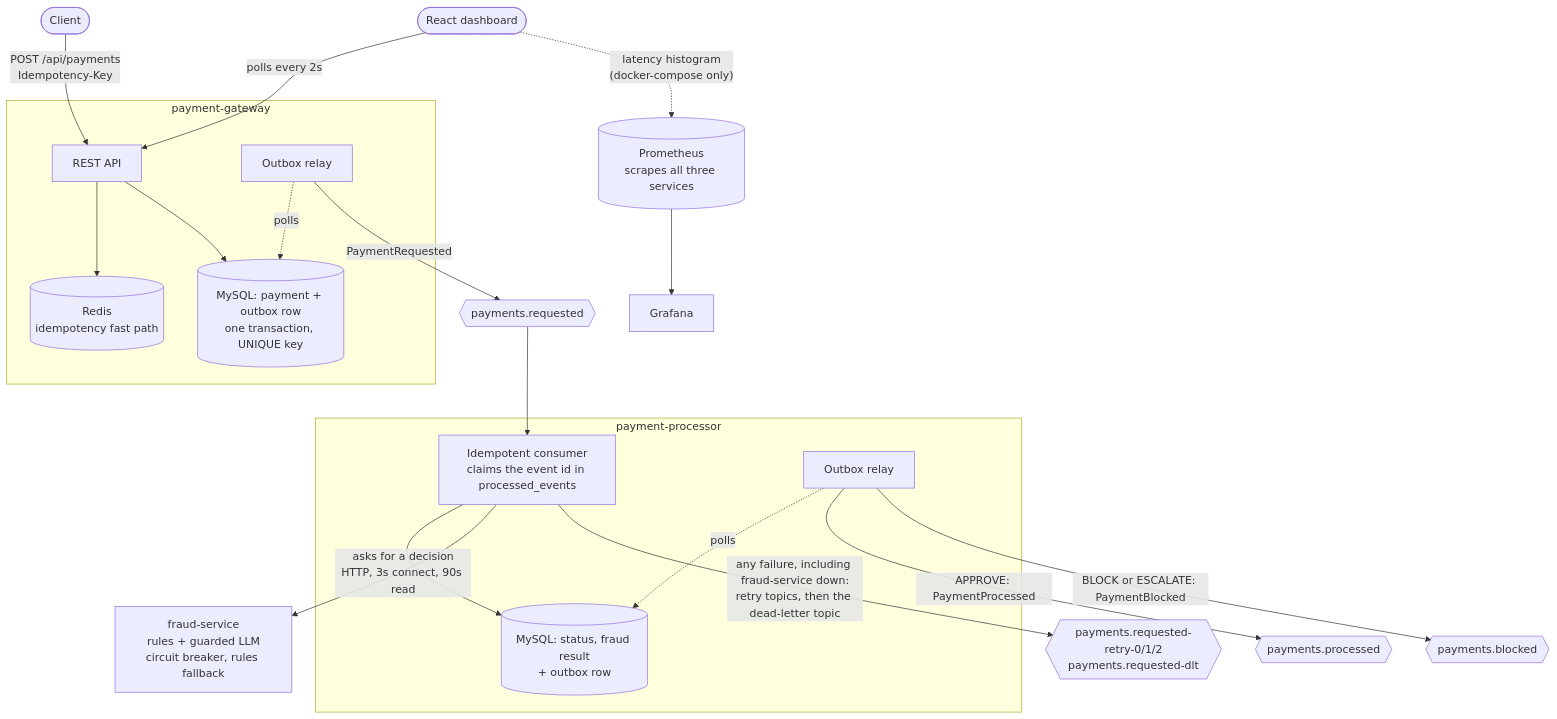
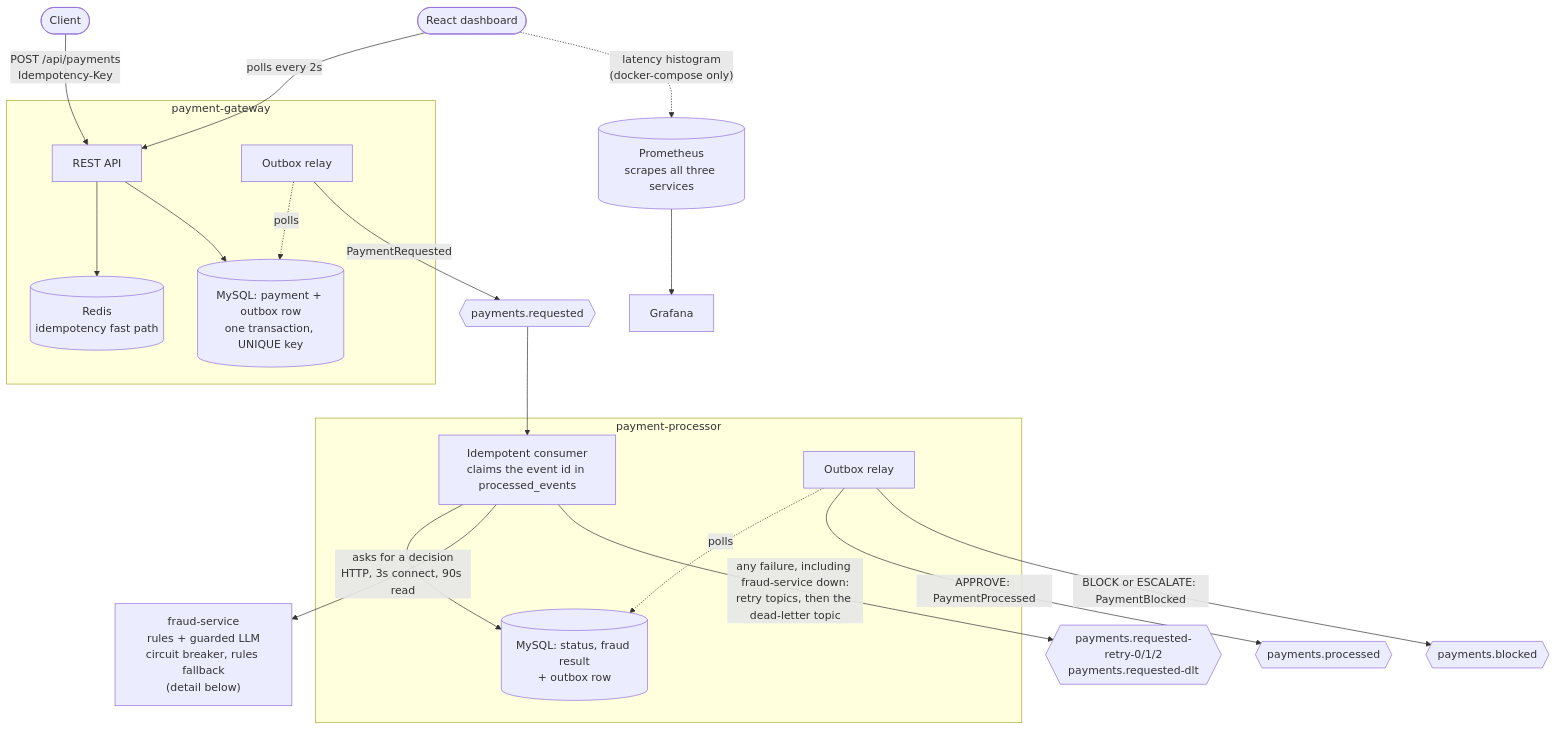
One commit to rishabht877/TransactIQ changed the first of 3 diagrams in README.md. Above: the diagram before and after it, drawn with Mermaid. The commit also changed other lines of this file, not shown here.

First line of the commit message:
add the fraud-service and circuit breaker diagrams to the readme

````diff
--- a/README.md
+++ b/README.md
@@ -11,28 +11,28 @@
 ```mermaid
 flowchart TB
     client([Client]) -->|"POST /api/payments<br/>Idempotency-Key"| gw
 
     subgraph gwsub ["payment-gateway"]
         gw["REST API"] --> redis[("Redis<br/>idempotency fast path")]
         gw --> db1[("MySQL: payment + outbox row<br/>one transaction, UNIQUE key")]
         relay1["Outbox relay"] -.polls.-> db1
     end
 
     relay1 -->|PaymentRequested| req{{"payments.requested"}}
     req --> proc
 
     subgraph procsub ["payment-processor"]
         proc["Idempotent consumer<br/>claims the event id in processed_events"] --> db2[("MySQL: status, fraud result<br/>+ outbox row")]
         relay2["Outbox relay"] -.polls.-> db2
     end
 
-    proc -->|"asks for a decision<br/>HTTP, 3s connect, 90s read"| fraud["fraud-service<br/>rules + guarded LLM<br/>circuit breaker, rules fallback"]
+    proc -->|"asks for a decision<br/>HTTP, 3s connect, 90s read"| fraud["fraud-service<br/>rules + guarded LLM<br/>circuit breaker, rules fallback<br/>(detail below)"]
     proc -->|"any failure, including fraud-service down:<br/>retry topics, then the dead-letter topic"| dlq{{"payments.requested-retry-0/1/2<br/>payments.requested-dlt"}}
 
     relay2 -->|"APPROVE: PaymentProcessed"| done{{"payments.processed"}}
     relay2 -->|"BLOCK or ESCALATE: PaymentBlocked"| blocked{{"payments.blocked"}}
 
     prom[("Prometheus<br/>scrapes all three services")] --> graf["Grafana"]
     dash(["React dashboard"]) -->|"polls every 2s"| gw
     dash -.->|"latency histogram<br/>(docker-compose only)"| prom
 ```
````
